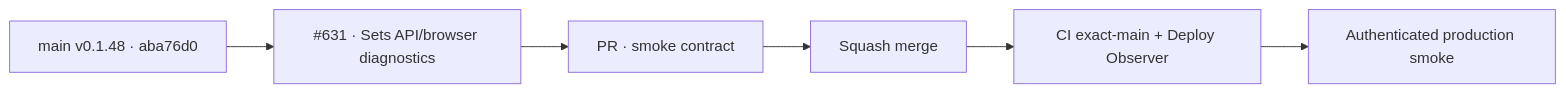
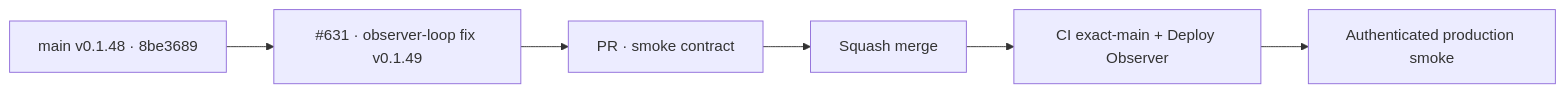
Before and after one commit to pl0n3r/brvtal: the diagram in README.md, drawn with Mermaid. The commit also changed other lines of this file and 6 other files, not shown here.

````diff
--- a/README.md
+++ b/README.md
@@ -50,6 +50,6 @@
 ```mermaid
 flowchart LR
- B["main v0.1.48 · aba76d0"] --> F["#631 · Sets API/browser diagnostics"]
+ B["main v0.1.48 · 8be3689"] --> F["#631 · observer-loop fix v0.1.49"]
  F --> P["PR · smoke contract"] --> M["Squash merge"]
  M --> C["CI exact-main + Deploy Observer"] --> S["Authenticated production smoke"]
 ```
````
